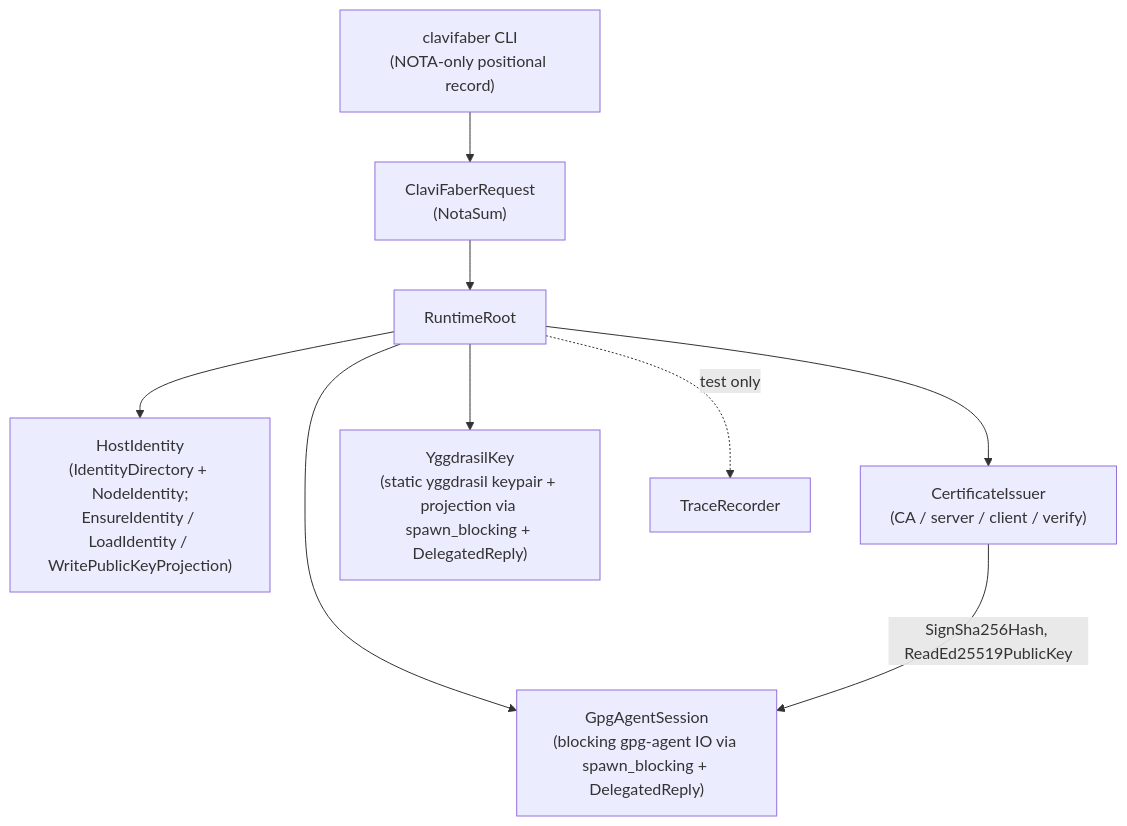
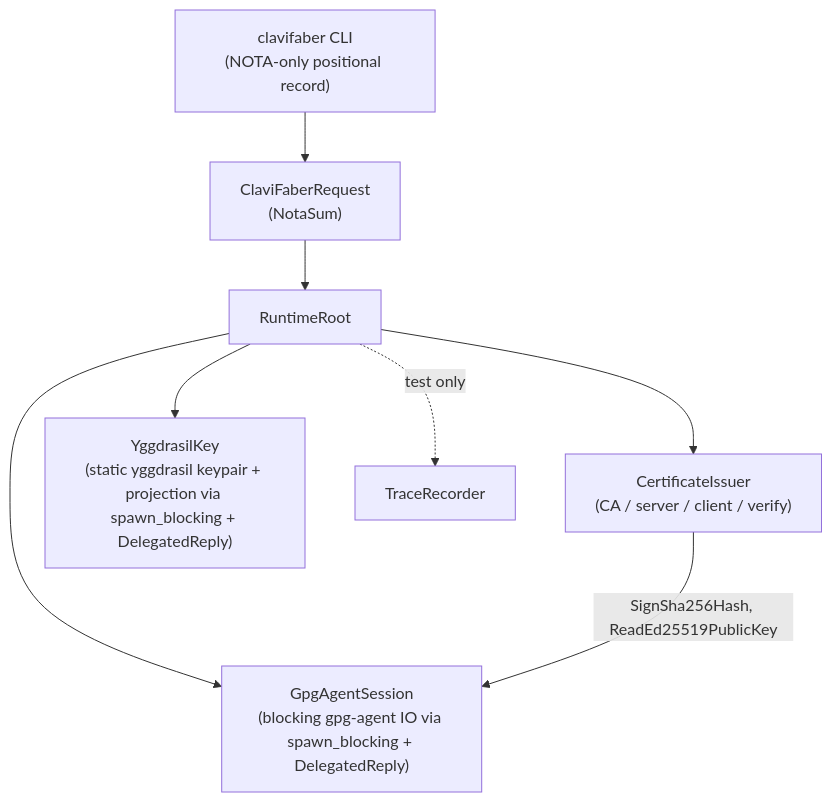
The diagram in ARCHITECTURE.md (LiGoldragon/clavifaber), drawn with Mermaid before and after one commit. The commit also changed other lines of this file and 15 other files, not shown here.

````diff
--- a/ARCHITECTURE.md
+++ b/ARCHITECTURE.md
@@ -51,12 +68,11 @@
 ```mermaid
 flowchart TB
     cli["clavifaber CLI<br/>(NOTA-only positional record)"] --> request["ClaviFaberRequest<br/>(NotaSum)"]
     request --> root["RuntimeRoot"]
-    root --> host_identity["HostIdentity<br/>(IdentityDirectory + NodeIdentity;<br/>EnsureIdentity / LoadIdentity / WritePublicKeyProjection)"]
     root --> certificate_issuer["CertificateIssuer<br/>(CA / server / client / verify)"]
     root --> gpg_agent_session["GpgAgentSession<br/>(blocking gpg-agent IO via spawn_blocking + DelegatedReply)"]
     root --> yggdrasil_key["YggdrasilKey<br/>(static yggdrasil keypair + projection via spawn_blocking + DelegatedReply)"]
     root -. test only .-> trace_recorder["TraceRecorder"]
 
     certificate_issuer -->|SignSha256Hash, ReadEd25519PublicKey| gpg_agent_session
 ```
````
